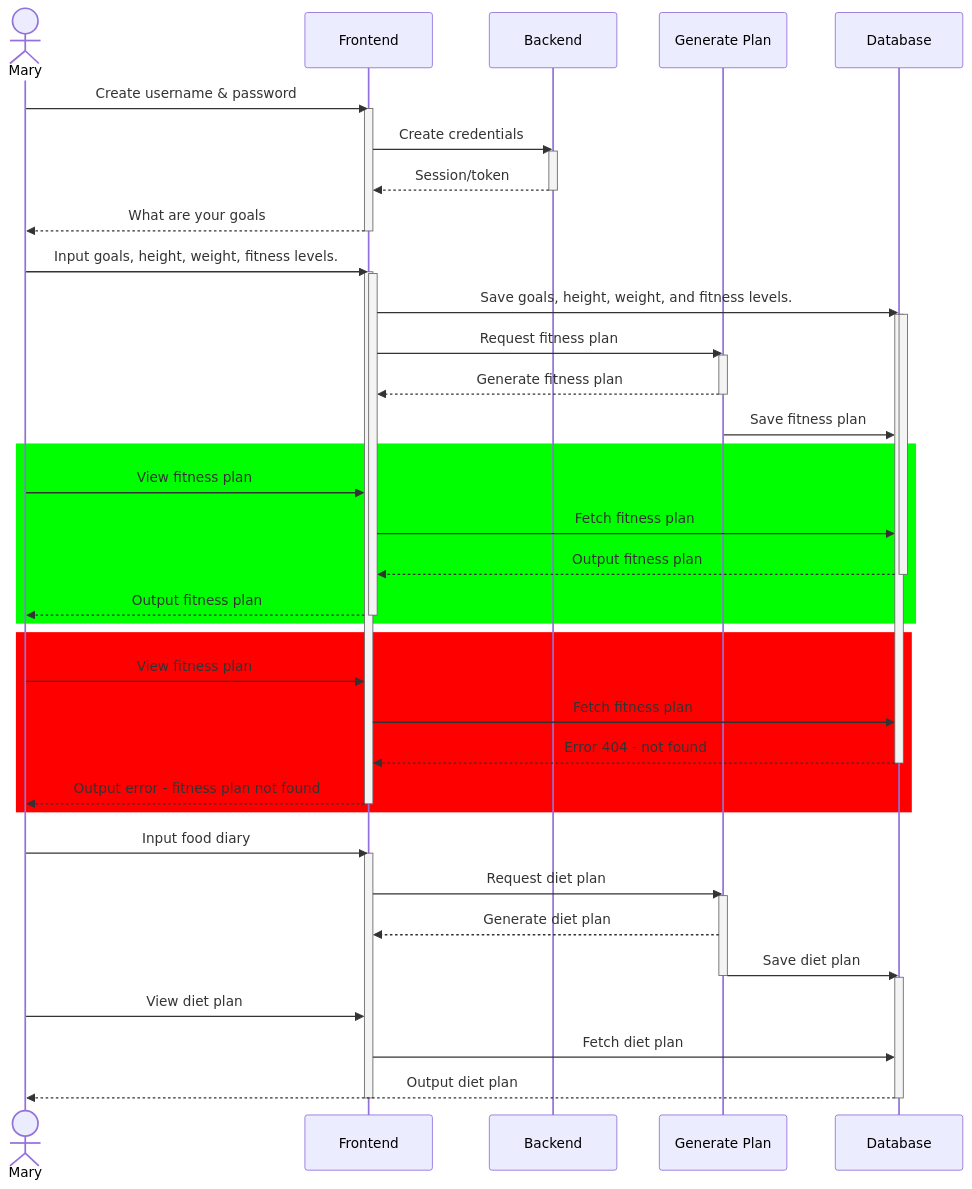
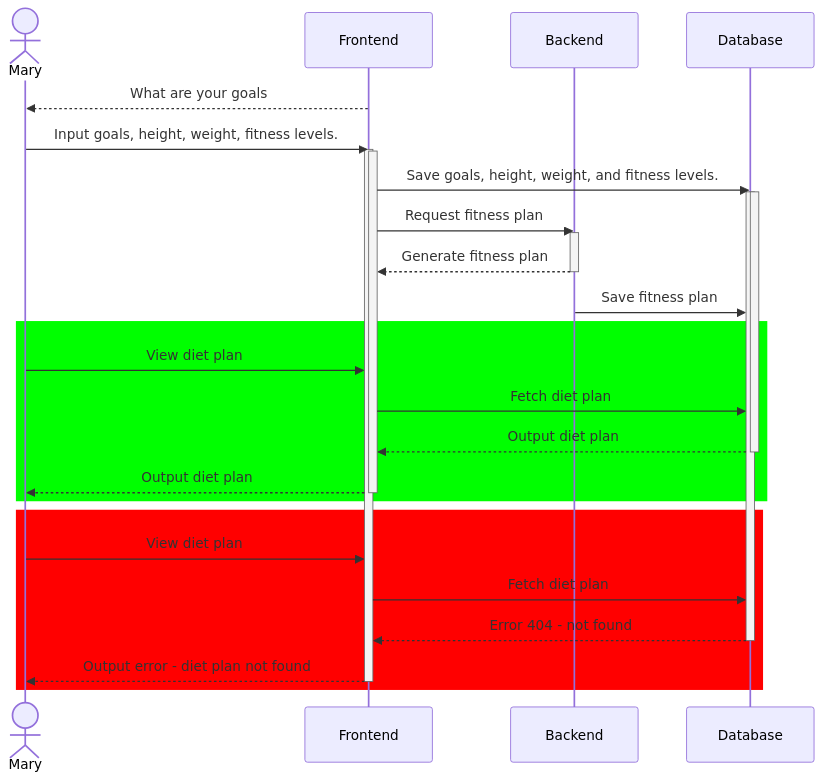
One commit to Bosco-13/cmp5012b-team changed the first of 3 diagrams in docs/sequence-diagrams.md. Above: the diagram before and after it, drawn with Mermaid. The commit also changed other lines of this file, not shown here.

````diff
--- a/docs/sequence-diagrams.md
+++ b/docs/sequence-diagrams.md
@@ -2,62 +2,40 @@
 ``` mermaid
 sequenceDiagram
     actor Mary
     Participant Frontend
     Participant Backend
-    Participant Generate Plan
     Participant Database
 
 
-    Mary->>Frontend:  Create username & password
-    activate Frontend
-    Frontend->>Backend: Create credentials
-    activate Backend
-    Backend-->>Frontend: Session/token
-    deactivate Backend
     Frontend-->>Mary: What are your goals
-    deactivate Frontend
     Mary->>Frontend: Input goals, height, weight, fitness levels.
     activate Frontend
     activate Frontend
     Frontend->>Database: Save goals, height, weight, and fitness levels.
     activate Database
     activate Database
-    Frontend->>Generate Plan: Request fitness plan
-    activate Generate Plan
-    Generate Plan-->>Frontend: Generate fitness plan
-    deactivate Generate Plan
-    Generate Plan->>Database: Save fitness plan
+    Frontend->>Backend: Request fitness plan
+    activate Backend
+    Backend-->>Frontend: Generate fitness plan
+    deactivate Backend
+    Backend->>Database: Save fitness plan
 
     rect rgb(0,255,0)
-    Mary->>Frontend: View fitness plan
-    Frontend->>Database:Fetch fitness plan
-    Database-->>Frontend: Output fitness plan
+    Mary->>Frontend: View diet plan
+    Frontend->>Database:Fetch diet plan
+    Database-->>Frontend: Output diet plan
     deactivate Database
-    Frontend-->>Mary: Output fitness plan
+    Frontend-->>Mary: Output diet plan
     deactivate Frontend
     end
 
     rect rgb(255,0,0)
-    Mary->>Frontend:View fitness plan
-    Frontend->>Database:Fetch fitness plan
+    Mary->>Frontend:View diet plan
+    Frontend->>Database:Fetch diet plan
     Database-->>Frontend: Error 404 - not found
     deactivate Database
-    Frontend-->>Mary: Output error - fitness plan not found
+    Frontend-->>Mary: Output error - diet plan not found
     deactivate Frontend
     end
-
-    Mary->>Frontend: Input food diary
-    activate Frontend
-    Frontend->>Generate Plan: Request diet plan
-    activate Generate Plan
-    Generate Plan-->>Frontend: Generate diet plan
-    Generate Plan->>Database: Save diet plan
-    deactivate Generate Plan
-    activate Database
-    Mary->>Frontend: View diet plan
-    Frontend->>Database: Fetch diet plan
-    Database-->>Mary: Output diet plan
-    deactivate Database
-    deactivate Frontend
     
 ```
````
